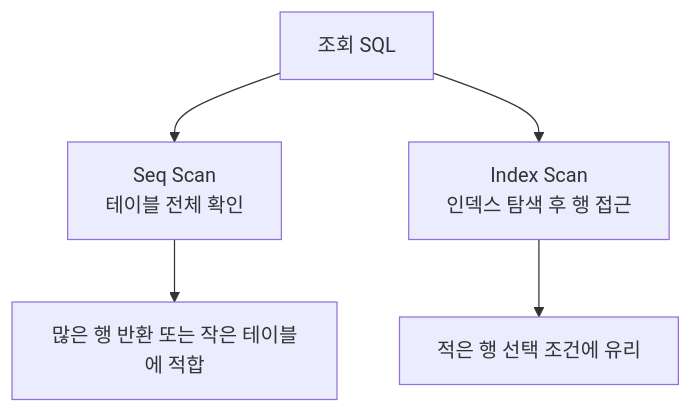
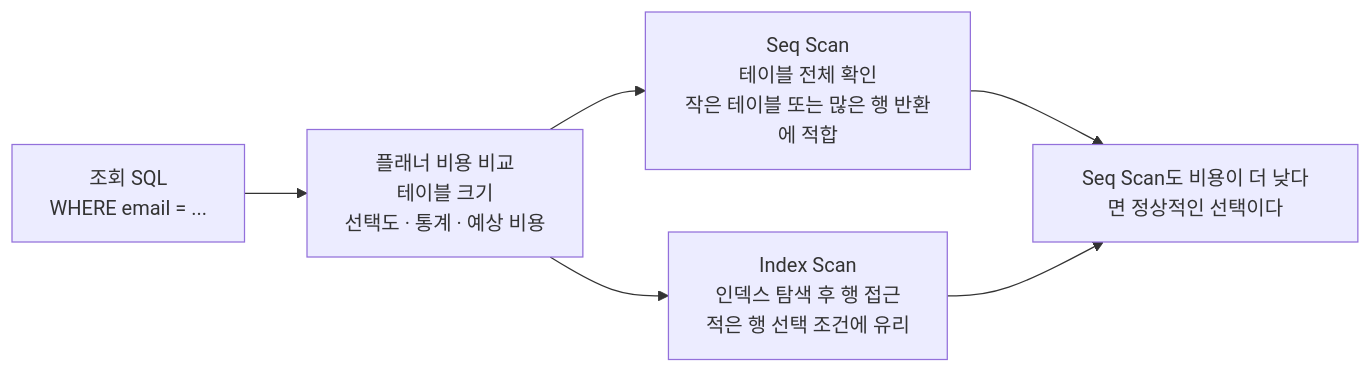
One commit to GilbertMoon/ai-database-book changed the diagram in images/chapter10/ch10_02_table_scan_vs_index_scan.mmd. Above: the diagram before and after it, drawn with Mermaid.

Commit message:
fix: clarify planner decision flow for scan methods

```diff
--- a/images/chapter10/ch10_02_table_scan_vs_index_scan.mmd
+++ b/images/chapter10/ch10_02_table_scan_vs_index_scan.mmd
@@ -1,7 +1,12 @@
-flowchart TB
-    A[조회 SQL] --> B[Seq Scan
-테이블 전체 확인]
-    A --> C[Index Scan
-인덱스 탐색 후 행 접근]
-    B --> D[많은 행 반환 또는 작은 테이블에 적합]
-    C --> E[적은 행 선택 조건에 유리]
+flowchart LR
+    A[조회 SQL<br/>WHERE email = ...]
+    P[플래너 비용 비교<br/>테이블 크기<br/>선택도 · 통계 · 예상 비용]
+    B[Seq Scan<br/>테이블 전체 확인<br/>작은 테이블 또는 많은 행 반환에 적합]
+    C[Index Scan<br/>인덱스 탐색 후 행 접근<br/>적은 행 선택 조건에 유리]
+    N[Seq Scan도 비용이 더 낮다면 정상적인 선택이다]
+
+    A --> P
+    P --> B
+    P --> C
+    B --> N
+    C --> N
```
